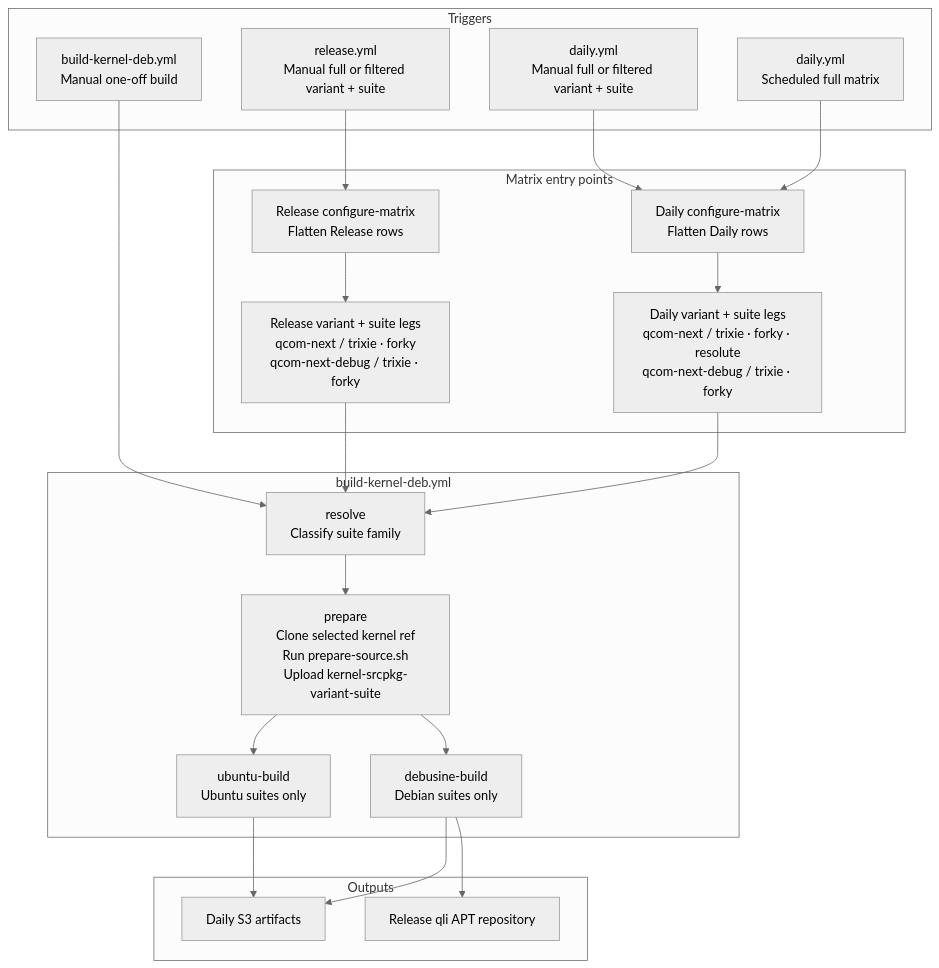
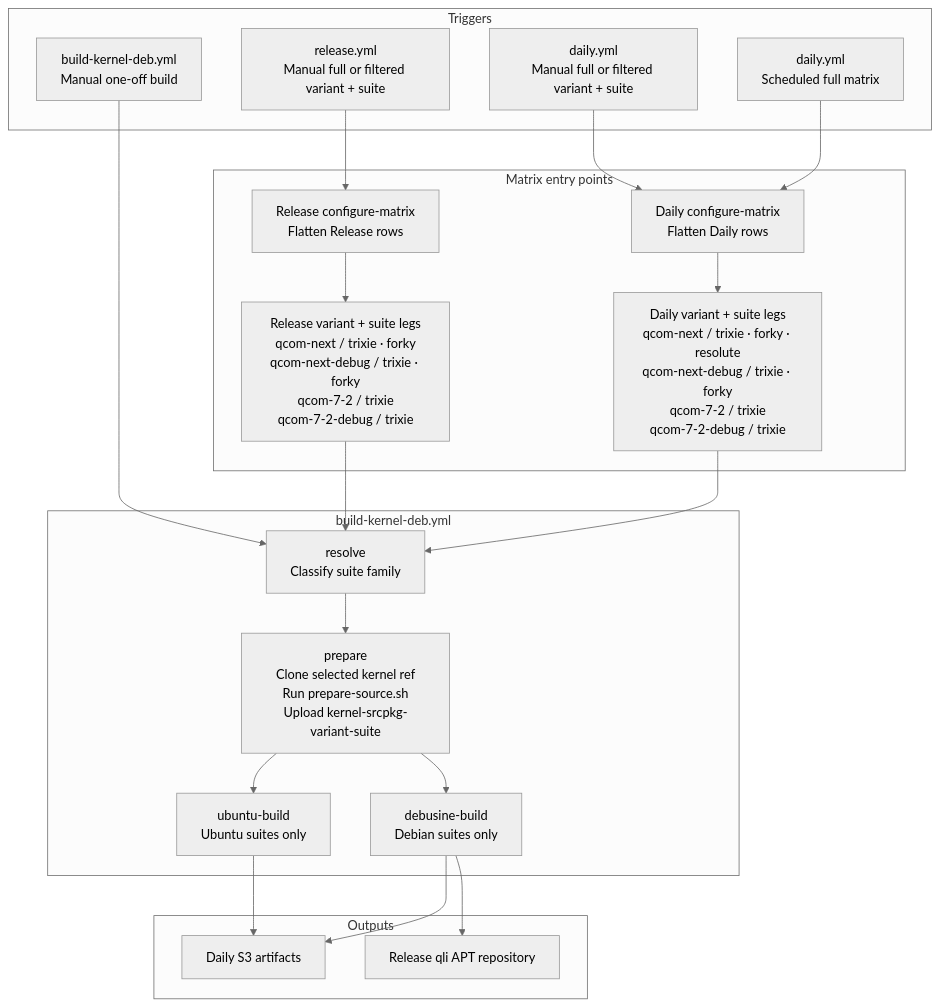
The second of 6 diagrams in README.md (qualcomm-linux/pkg-linux-qcom), drawn with Mermaid (neutral theme) before and after one commit. The commit also changed other lines of this file and 1 other file, not shown here.

First line of the commit message:
ci: add the qcom-7.2 kernel variant

````diff
--- a/README.md
+++ b/README.md
@@ -286,39 +289,39 @@
 ```mermaid
 flowchart TD
     subgraph triggers[Triggers]
         A1["daily.yml\nScheduled full matrix"]
         A2["daily.yml\nManual full or filtered variant + suite"]
         A3["release.yml\nManual full or filtered variant + suite"]
         A4["build-kernel-deb.yml\nManual one-off build"]
     end
 
     subgraph matrix[Matrix entry points]
         B1["Daily configure-matrix\nFlatten Daily rows"]
-        B2["Daily variant + suite legs\nqcom-next / trixie · forky · resolute\nqcom-next-debug / trixie · forky"]
+        B2["Daily variant + suite legs\nqcom-next / trixie · forky · resolute\nqcom-next-debug / trixie · forky\nqcom-7-2 / trixie\nqcom-7-2-debug / trixie"]
         B3["Release configure-matrix\nFlatten Release rows"]
-        B4["Release variant + suite legs\nqcom-next / trixie · forky\nqcom-next-debug / trixie · forky"]
+        B4["Release variant + suite legs\nqcom-next / trixie · forky\nqcom-next-debug / trixie · forky\nqcom-7-2 / trixie\nqcom-7-2-debug / trixie"]
     end
 
     subgraph orchestrator[build-kernel-deb.yml]
         C1["resolve\nClassify suite family"]
         C2["prepare\nClone selected kernel ref\nRun prepare-source.sh\nUpload kernel-srcpkg-variant-suite"]
         C3["debusine-build\nDebian suites only"]
         C4["ubuntu-build\nUbuntu suites only"]
     end
 
     subgraph outputs[Outputs]
         D1["Daily S3 artifacts"]
         D2["Release qli APT repository"]
     end
 
     A1 --> B1
     A2 --> B1
     A3 --> B3
     B1 --> B2 --> C1
     B3 --> B4 --> C1
     A4 --> C1
     C1 --> C2
     C2 --> C3 & C4
     C3 --> D1 & D2
     C4 --> D1
 ```
````
